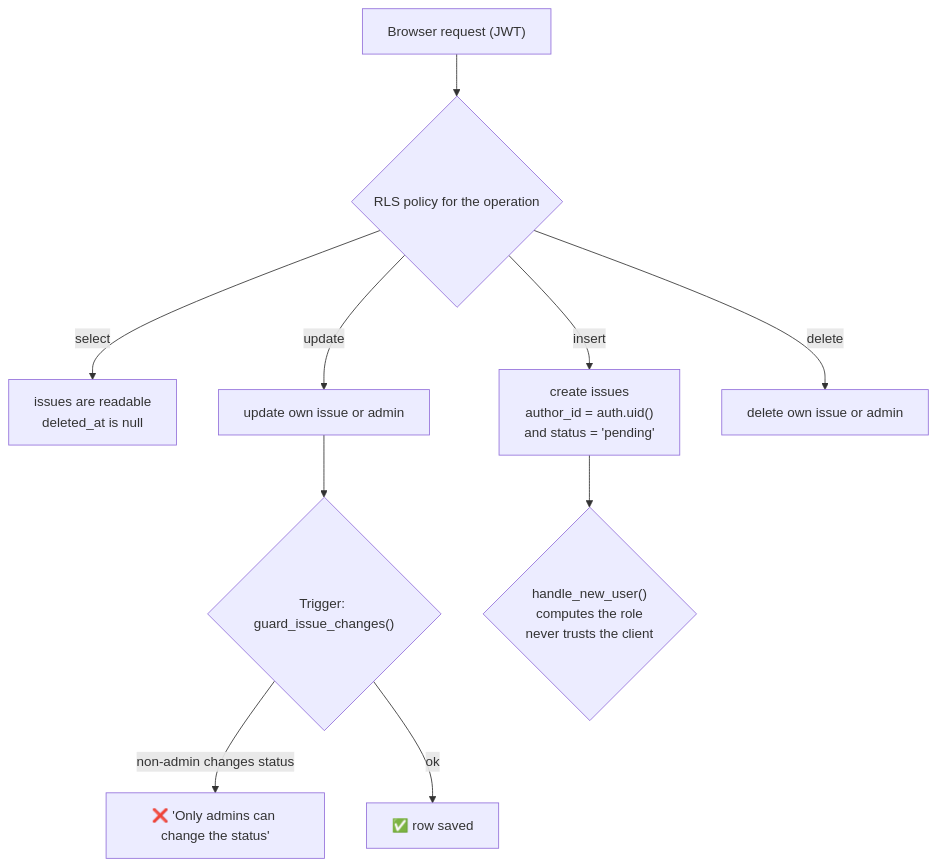
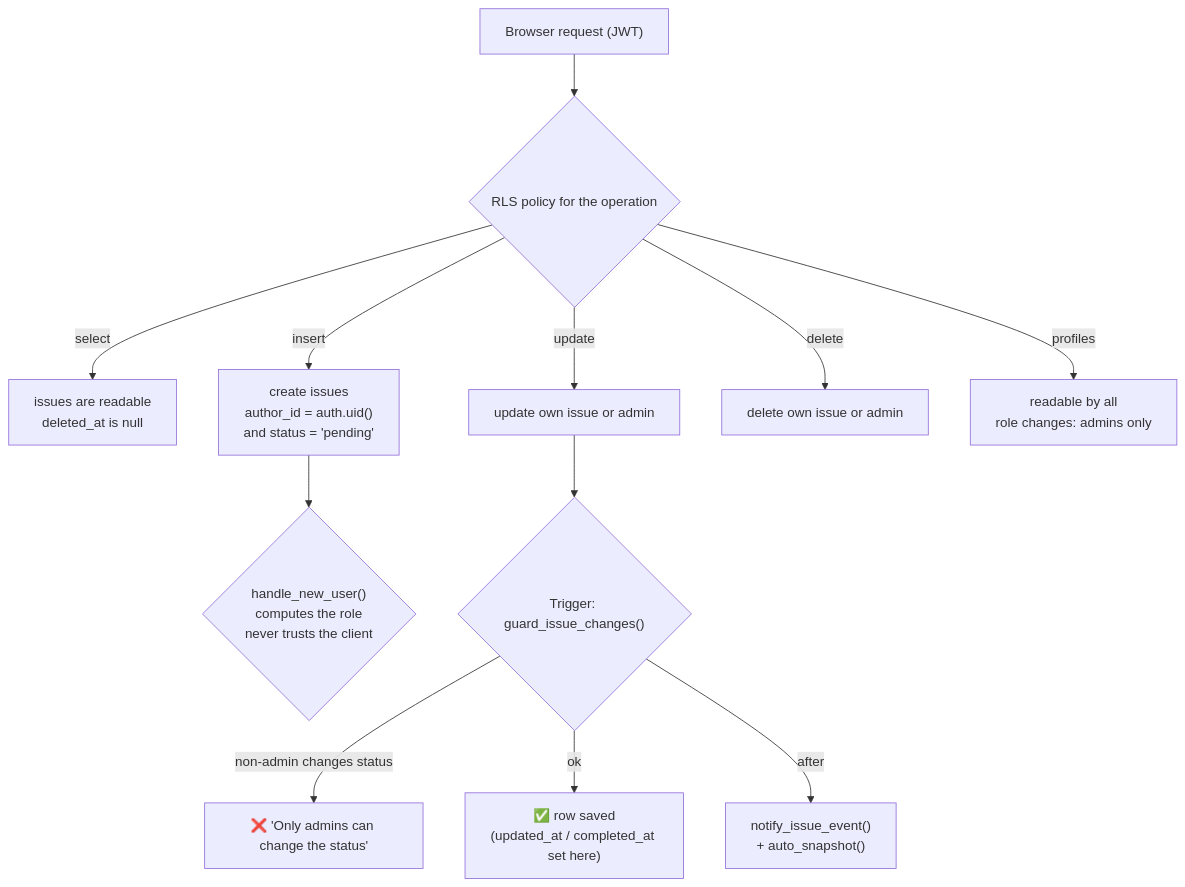
The sixth of 15 diagrams in ARCHITECTURE.md (rawrmeo/issue-tracker), drawn with Mermaid before and after one commit. The commit also changed other lines of this file and 5 other files, not shown here.

````diff
--- a/ARCHITECTURE.md
+++ b/ARCHITECTURE.md
@@ -178,14 +240,16 @@
 ```mermaid
 flowchart TB
   R["Browser request (JWT)"] --> POL{"RLS policy for the operation"}
 
   POL -->|select| S1["issues are readable<br/>deleted_at is null"]
   POL -->|insert| S2["create issues<br/>author_id = auth.uid()<br/>and status = 'pending'"]
   POL -->|update| S3["update own issue or admin"]
   POL -->|delete| S4["delete own issue or admin"]
+  POL -->|profiles| S5["readable by all<br/>role changes: admins only"]
 
+  S2 --> G2{"handle_new_user()<br/>computes the role<br/>never trusts the client"}
   S3 --> G{"Trigger: guard_issue_changes()"}
-  S2 --> G2{"handle_new_user()<br/>computes the role<br/>never trusts the client"}
   G -->|"non-admin changes status"| X["❌ 'Only admins can change the status'"]
-  G -->|ok| OK["✅ row saved"]
+  G -->|ok| OK["✅ row saved<br/>(updated_at / completed_at set here)"]
+  G -->|"after"| N["notify_issue_event()<br/>+ auto_snapshot()"]
 ```
````
